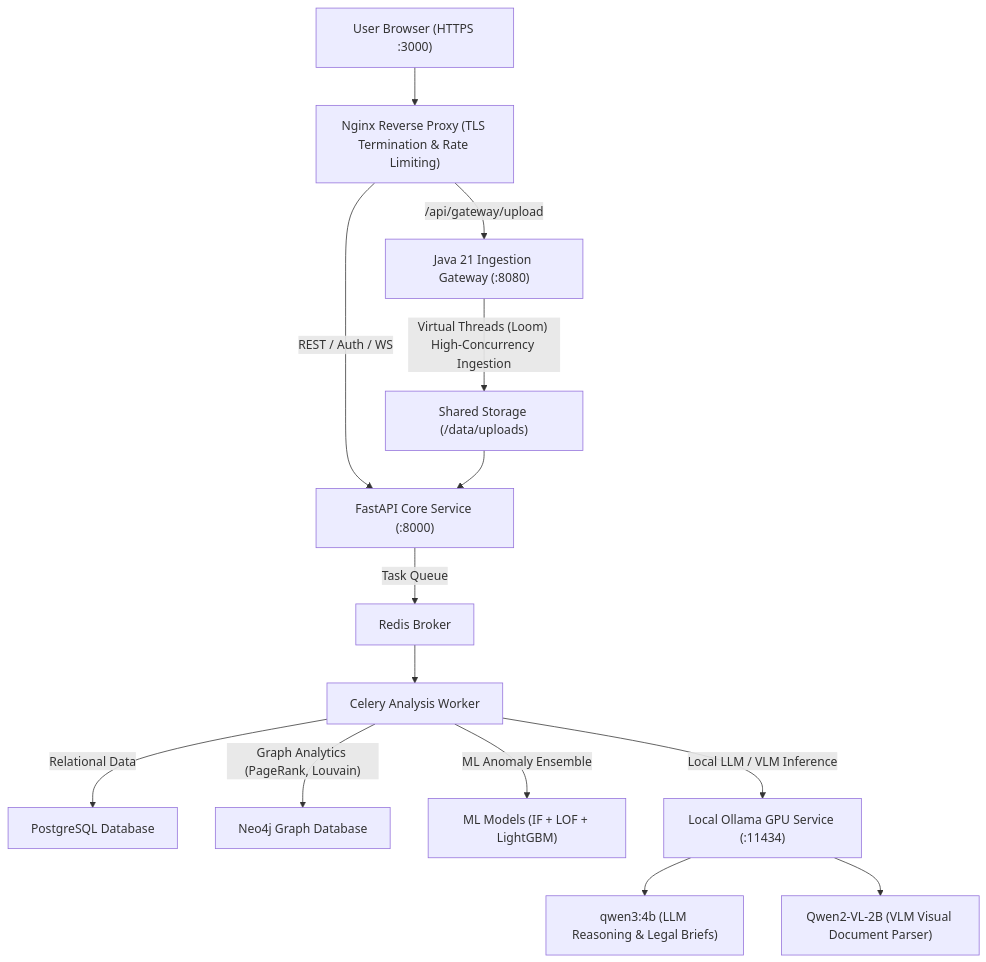
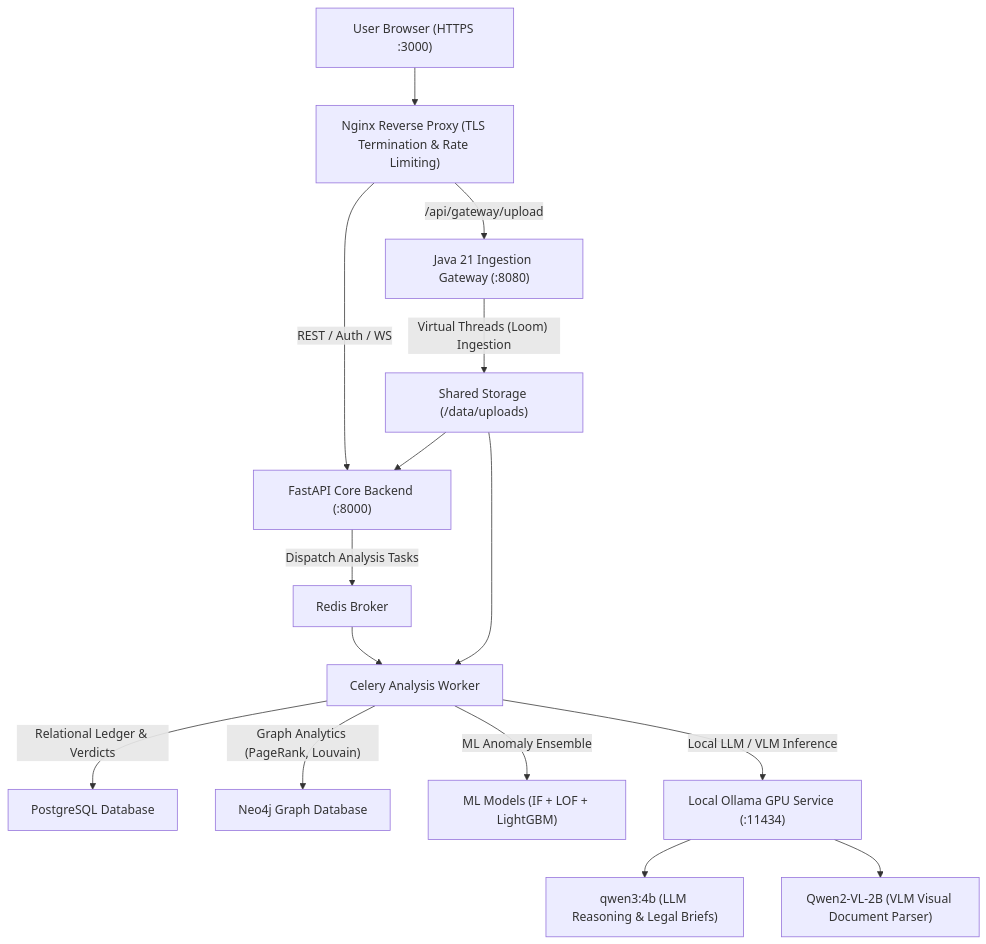
The diagram in README.md (Anandakrishnan-VP/finflow), drawn with Mermaid before and after one commit. The commit also changed other lines of this file, not shown here.

Commit message:
overhaul README with defense-grade architecture and clean diagnostics

````diff
--- a/README.md
+++ b/README.md
@@ -21,21 +25,22 @@
 ```mermaid
 graph TD
     Client["User Browser (HTTPS :3000)"] --> Nginx["Nginx Reverse Proxy (TLS Termination & Rate Limiting)"]
     
-    Nginx -->|"REST / Auth / WS"| Backend["FastAPI Core Service (:8000)"]
+    Nginx -->|"REST / Auth / WS"| Backend["FastAPI Core Backend (:8000)"]
     Nginx -->|"/api/gateway/upload"| JavaGateway["Java 21 Ingestion Gateway (:8080)"]
     
-    JavaGateway -->|"Virtual Threads (Loom) High-Concurrency Ingestion"| Storage["Shared Storage (/data/uploads)"]
+    JavaGateway -->|"Virtual Threads (Loom) Ingestion"| Storage["Shared Storage (/data/uploads)"]
     Storage --> Backend
+    Storage --> Worker["Celery Analysis Worker"]
     
-    Backend -->|"Task Queue"| Redis["Redis Broker"]
-    Redis --> Worker["Celery Analysis Worker"]
+    Backend -->|"Dispatch Analysis Tasks"| Redis["Redis Broker"]
+    Redis --> Worker
     
-    Worker -->|"Relational Data"| Postgres["PostgreSQL Database"]
+    Worker -->|"Relational Ledger & Verdicts"| Postgres["PostgreSQL Database"]
     Worker -->|"Graph Analytics (PageRank, Louvain)"| Neo4j["Neo4j Graph Database"]
     Worker -->|"ML Anomaly Ensemble"| MLEngine["ML Models (IF + LOF + LightGBM)"]
     Worker -->|"Local LLM / VLM Inference"| Ollama["Local Ollama GPU Service (:11434)"]
     
     Ollama --> QwenLLM["qwen3:4b (LLM Reasoning & Legal Briefs)"]
     Ollama --> QwenVLM["Qwen2-VL-2B (VLM Visual Document Parser)"]
 ```
````
